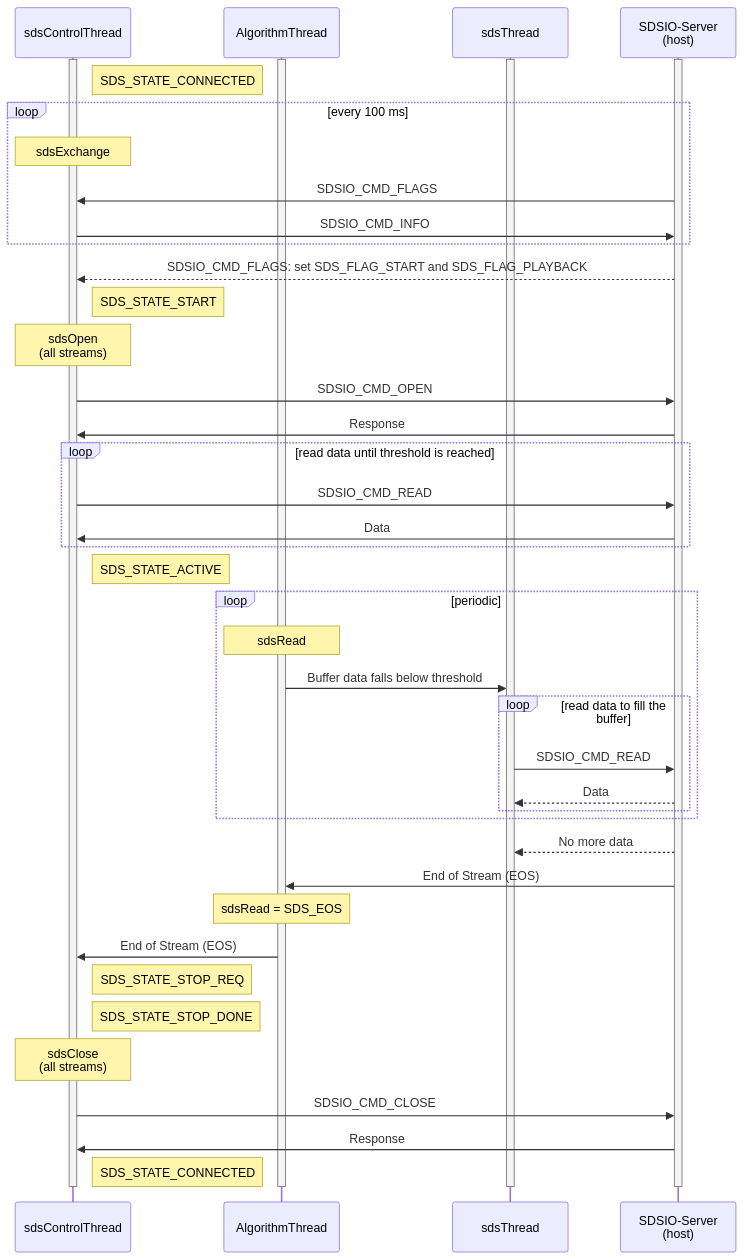
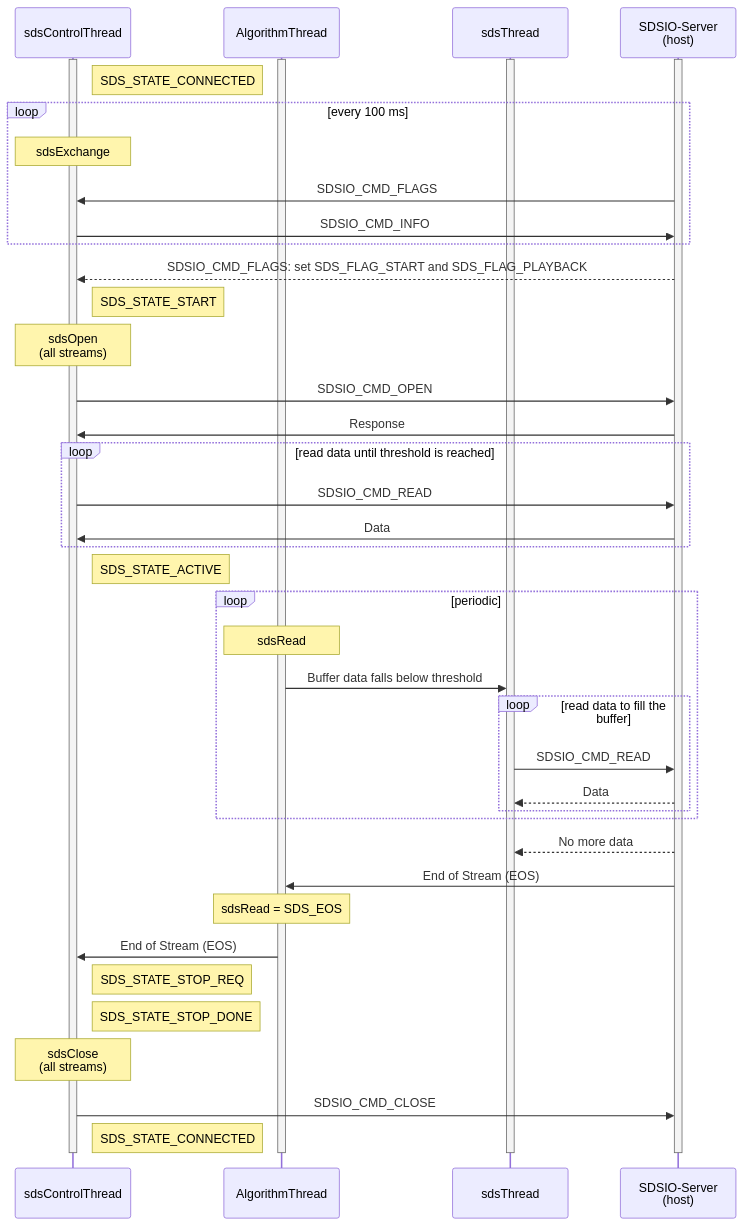
Before and after one commit to ARM-software/SDS-Framework: the fifth of 5 diagrams in documentation/theory.md, drawn with Mermaid. The commit also changed other lines of this file and 27 other files, not shown here.

First line of the commit message:
SDS Metafiles: reworked documentation, schema, templates, utilities (#276)

````diff
--- a/documentation/theory.md
+++ b/documentation/theory.md
@@ -675,61 +751,60 @@
 ```mermaid
 sequenceDiagram
     participant sdsControlThread
     activate sdsControlThread
     participant AlgorithmThread
     activate AlgorithmThread
     participant SDSIO as sdsThread
     activate SDSIO
     participant Server as SDSIO-Server<br/>(host)
     activate Server
 
     Note right of sdsControlThread: SDS_STATE_CONNECTED 
 
     loop every 100 ms
       Note over sdsControlThread: sdsExchange
       Server->>sdsControlThread: SDSIO_CMD_FLAGS
       sdsControlThread->>Server: SDSIO_CMD_INFO
     end
 
     Server-->>sdsControlThread: SDSIO_CMD_FLAGS: set SDS_FLAG_START and SDS_FLAG_PLAYBACK
     Note right of sdsControlThread: SDS_STATE_START
 
     Note over sdsControlThread: sdsOpen<br/>(all streams)
     sdsControlThread->>Server: SDSIO_CMD_OPEN
     Server->>sdsControlThread: Response
 
     loop read data until threshold is reached
         sdsControlThread->>Server: SDSIO_CMD_READ
         Server->>sdsControlThread: Data
     end
   
     Note right of sdsControlThread: SDS_STATE_ACTIVE
 
     loop periodic
         Note over AlgorithmThread: sdsRead
         AlgorithmThread->>SDSIO: Buffer data falls below threshold
         loop read data to fill the buffer
             SDSIO->>Server: SDSIO_CMD_READ
             Server-->>SDSIO: Data
         end
     end
 
     Server-->>SDSIO: No more data
 
     Server->>AlgorithmThread: End of Stream (EOS)
     Note over AlgorithmThread: sdsRead = SDS_EOS
 
     AlgorithmThread->>sdsControlThread: End of Stream (EOS)
     Note right of sdsControlThread: SDS_STATE_STOP_REQ
     Note right of sdsControlThread: SDS_STATE_STOP_DONE
 
     Note over sdsControlThread: sdsClose<br/>(all streams)
     sdsControlThread->>Server: SDSIO_CMD_CLOSE
-    Server->>sdsControlThread: Response
     Note right of sdsControlThread: SDS_STATE_CONNECTED
 
     deactivate sdsControlThread
     deactivate AlgorithmThread
     deactivate SDSIO
     deactivate Server
 ```
````
